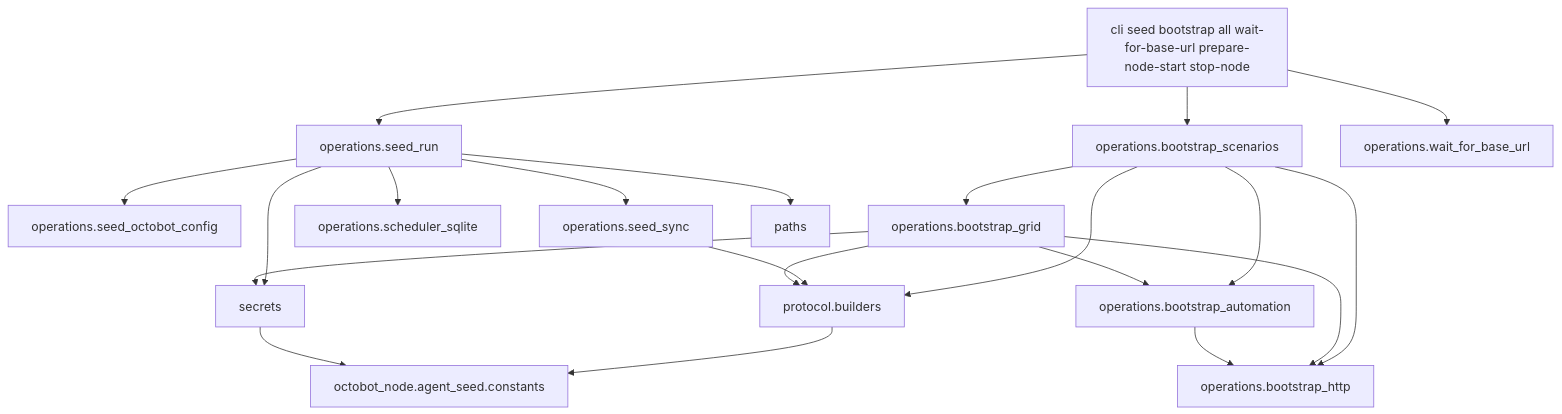
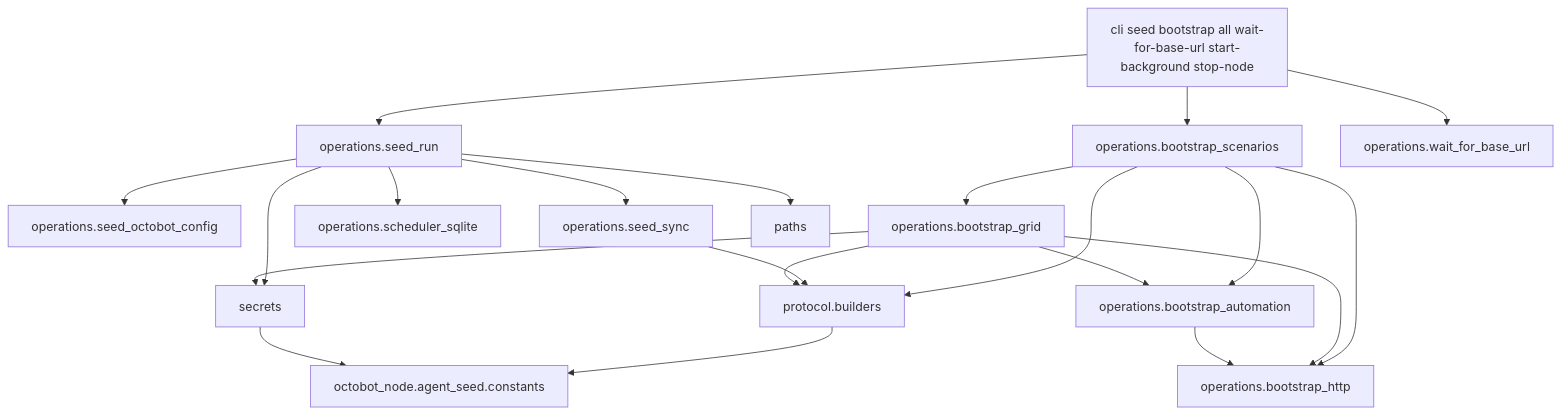
The diagram in tools/agent_seed/ARCHITECTURE.md (Drakkar-Software/OctoBot), drawn with Mermaid before and after one commit. The commit also changed other lines of this file and 10 other files, not shown here.

First line of the commit message:
Refactor agent_seed CLI: inline stop-node and start-background

````diff
--- a/tools/agent_seed/ARCHITECTURE.md
+++ b/tools/agent_seed/ARCHITECTURE.md
@@ -14,37 +14,37 @@
 ```mermaid
 flowchart TB
-  cli[cli seed bootstrap all wait-for-base-url prepare-node-start stop-node]
+  cli[cli seed bootstrap all wait-for-base-url start-background stop-node]
   seedRun[operations.seed_run]
   seedOctobotConfig[operations.seed_octobot_config]
   seedSync[operations.seed_sync]
   schedulerSqlite[operations.scheduler_sqlite]
   bootstrapAutomation[operations.bootstrap_automation]
   bootstrapGrid[operations.bootstrap_grid]
   bootstrapScenarios[operations.bootstrap_scenarios]
   bootstrapHttp[operations.bootstrap_http]
   builders[protocol.builders]
   pathsMod[paths]
   secretsMod[secrets]
   nodeConstants[octobot_node.agent_seed.constants]
 
   cli --> seedRun
   cli --> bootstrapScenarios
   cli --> waitForBaseUrl[operations.wait_for_base_url]
   bootstrapScenarios --> bootstrapGrid
   bootstrapScenarios --> bootstrapAutomation
   bootstrapScenarios --> bootstrapHttp
   bootstrapScenarios --> builders
   seedRun --> schedulerSqlite
   seedRun --> seedOctobotConfig
   seedRun --> seedSync
   seedRun --> pathsMod
   seedRun --> secretsMod
   seedSync --> builders
   bootstrapGrid --> bootstrapAutomation
   bootstrapGrid --> bootstrapHttp
   bootstrapGrid --> builders
   bootstrapGrid --> secretsMod
   bootstrapAutomation --> bootstrapHttp
   builders --> nodeConstants
   secretsMod --> nodeConstants
 ```
````
